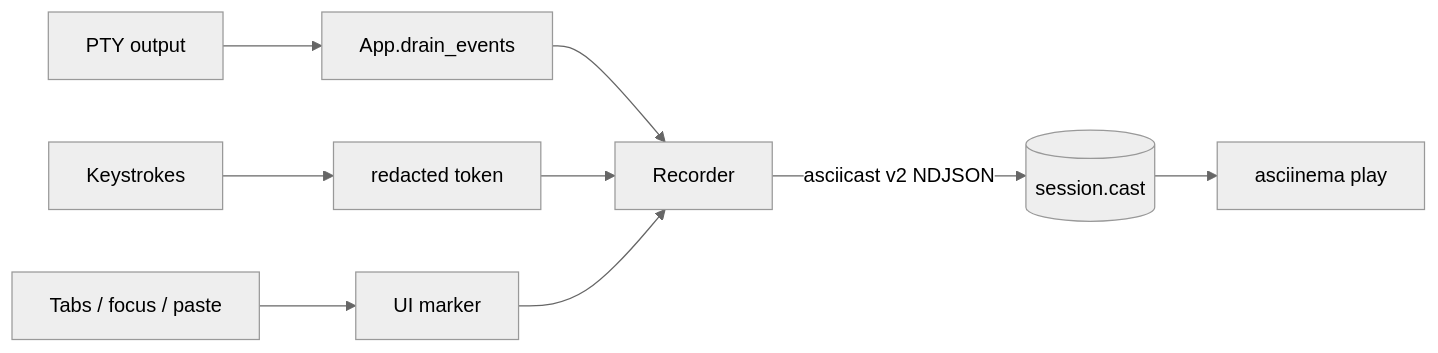
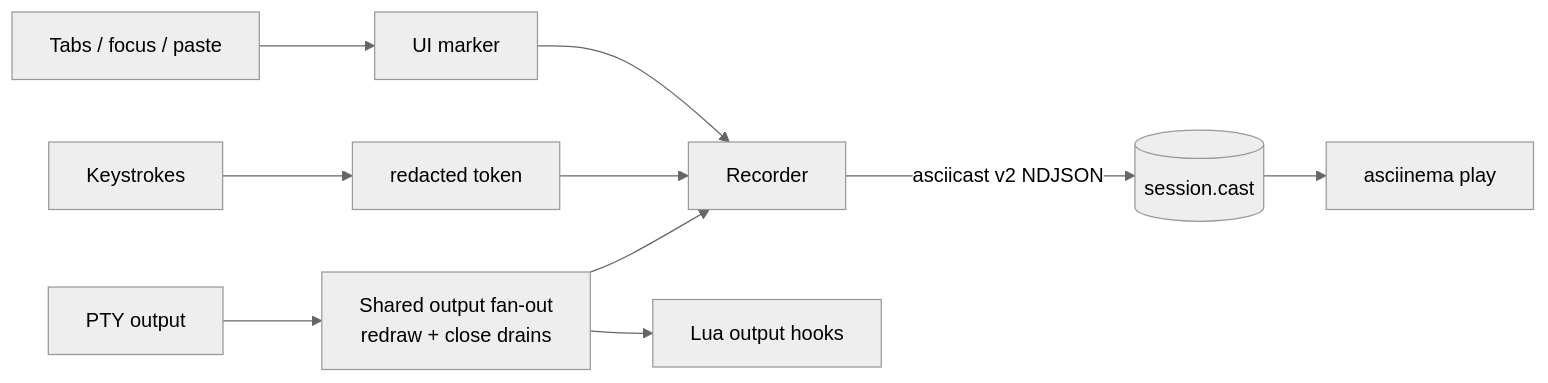
One commit to Reddimus/kettle changed the diagram in docs/DEV-RECORD.md. Above: the diagram before and after it, drawn with Mermaid (neutral theme). The commit also changed other lines of this file and 81 other files, not shown here.

````diff
--- a/docs/DEV-RECORD.md
+++ b/docs/DEV-RECORD.md
@@ -76,11 +132,12 @@
 ```mermaid
 flowchart LR
-  PTY[PTY output] --> APP["App.drain_events"]
+  PTY[PTY output] --> FAN["Shared output fan-out<br/>redraw + close drains"]
   KBD[Keystrokes] --> TOK["redacted token"]
   UI["Tabs / focus / paste"] --> MRK["UI marker"]
-  APP --> REC[Recorder]
+  FAN --> REC[Recorder]
+  FAN --> LUA["Lua output hooks"]
   TOK --> REC
   MRK --> REC
   REC -->|"asciicast v2 NDJSON"| FILE[("session.cast")]
   FILE --> PLAY["asciinema play"]
 ```
````
